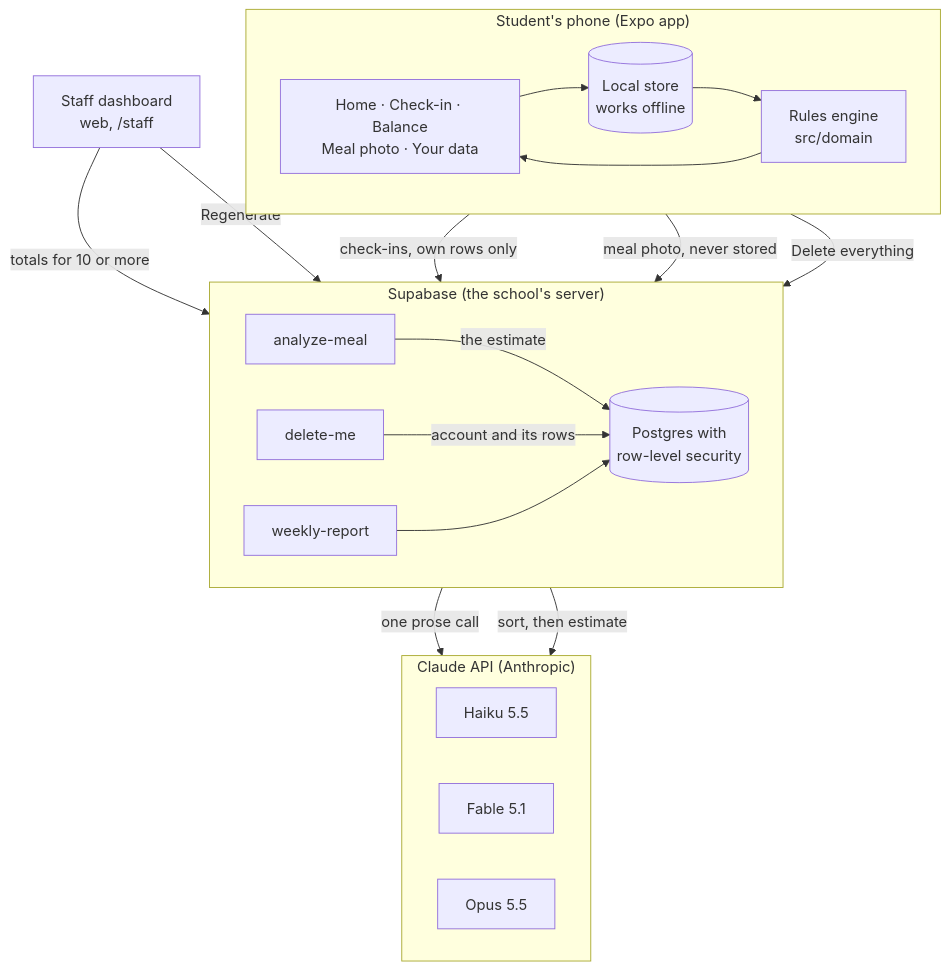
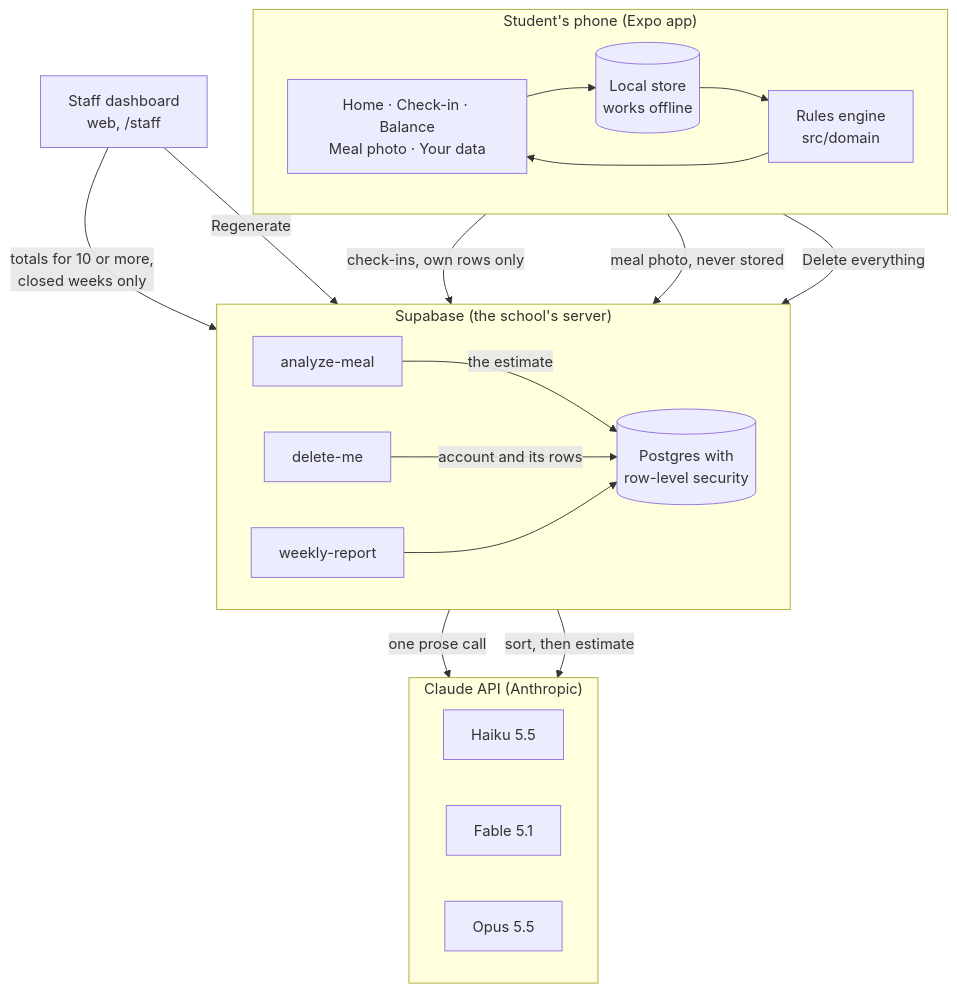
Before and after one commit to pluxconkr/essential-nourishingx: the first of 5 diagrams in README.md, drawn with Mermaid. The commit also changed other lines of this file and 54 other files, not shown here.

````diff
--- a/README.md
+++ b/README.md
@@ -26,34 +26,34 @@
 ```mermaid
 flowchart TB
   subgraph Phone["Student's phone (Expo app)"]
     direction LR
     UI["Home · Check-in · Balance<br/>Meal photo · Your data"]
     Store[("Local store<br/>works offline")]
     Rules["Rules engine<br/>src/domain"]
     UI --> Store --> Rules --> UI
   end
   subgraph Supabase["Supabase (the school's server)"]
     direction LR
     AM["analyze-meal"]
     DM["delete-me"]
     DB[("Postgres with<br/>row-level security")]
     WR["weekly-report"]
   end
   subgraph Claude["Claude API (Anthropic)"]
     direction LR
     H["Haiku 5.5"]
     F["Fable 5.1"]
     O["Opus 5.5"]
   end
   Staff["Staff dashboard<br/>web, /staff"]
   Store -- "check-ins, own rows only" --> DB
   UI -- "meal photo, never stored" --> AM
   UI -- "Delete everything" --> DM
   AM -- "sort, then estimate" --> Claude
   AM -- "the estimate" --> DB
   DM -- "account and its rows" --> DB
-  Staff -- "totals for 10 or more" --> DB
+  Staff -- "totals for 10 or more,<br/>closed weeks only" --> DB
   Staff -- "Regenerate" --> WR
   WR --> DB
   WR -- "one prose call" --> O
 ```
````
